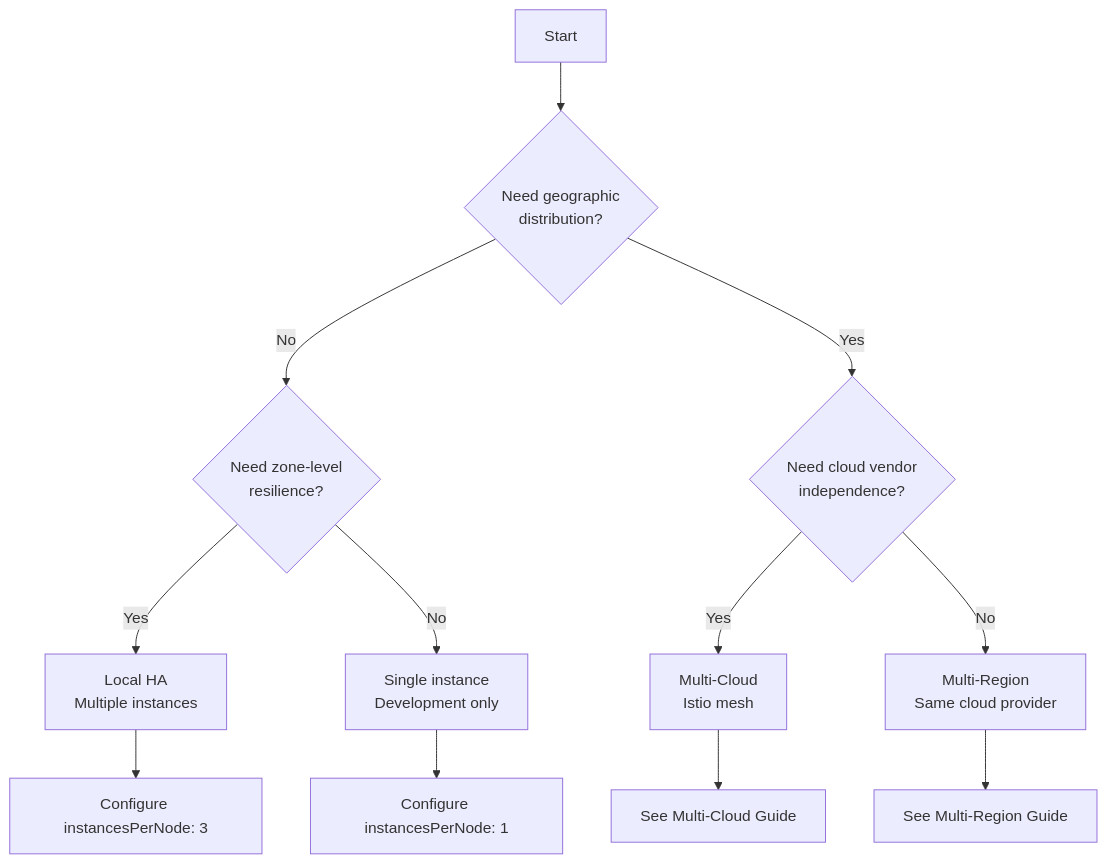
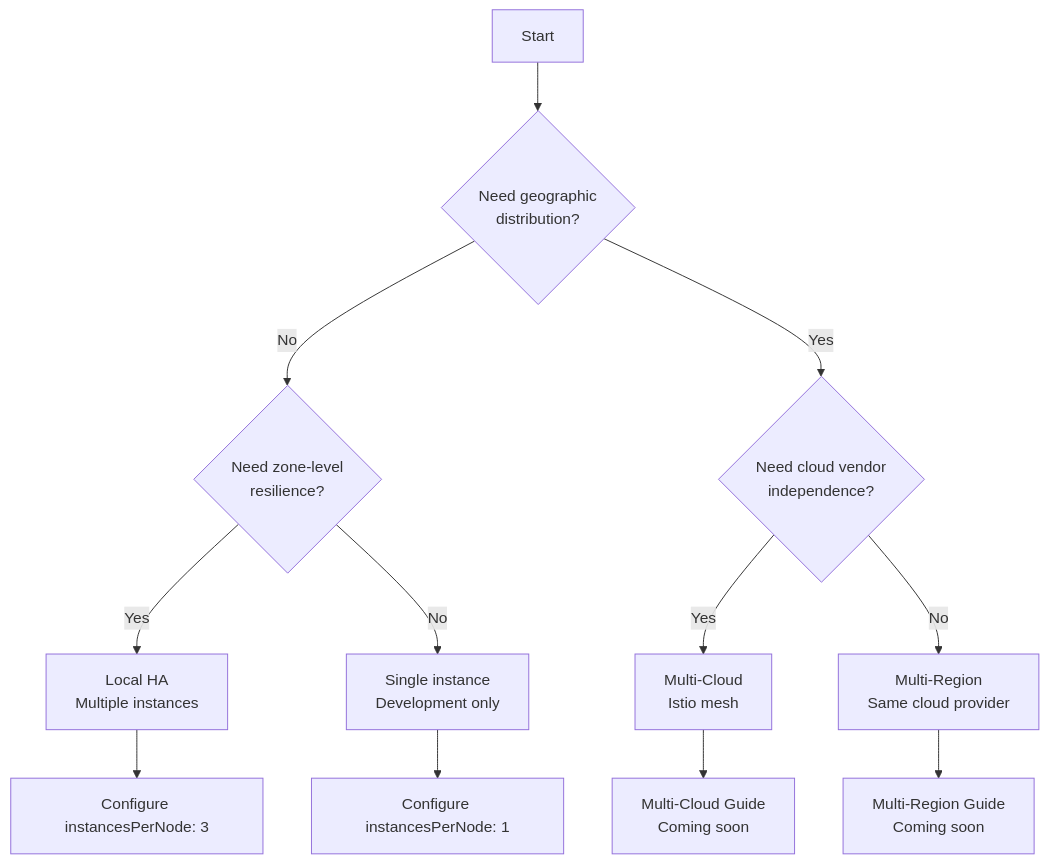
One commit to documentdb/documentdb-kubernetes-operator changed the second of 2 diagrams in docs/operator-public-documentation/preview/high-availability/overview.md. Above: the diagram before and after it, drawn with Mermaid. The commit also changed other lines of this file and 2 other files, not shown here.

````diff
--- a/docs/operator-public-documentation/preview/high-availability/overview.md
+++ b/docs/operator-public-documentation/preview/high-availability/overview.md
@@ -138,17 +138,17 @@
 ```mermaid
 flowchart TD
     A[Start] --> B{Need geographic<br/>distribution?}
     B -->|No| C{Need zone-level<br/>resilience?}
     B -->|Yes| D{Need cloud vendor<br/>independence?}
     
     C -->|Yes| E[Local HA<br/>Multiple instances]
     C -->|No| F[Single instance<br/>Development only]
     
     D -->|Yes| G[Multi-Cloud<br/>Istio mesh]
     D -->|No| H[Multi-Region<br/>Same cloud provider]
     
     E --> I[Configure instancesPerNode: 3]
     F --> J[Configure instancesPerNode: 1]
-    G --> K[See Multi-Cloud Guide]
-    H --> L[See Multi-Region Guide]
+    G --> K[Multi-Cloud Guide<br/>Coming soon]
+    H --> L[Multi-Region Guide<br/>Coming soon]
 ```
````
